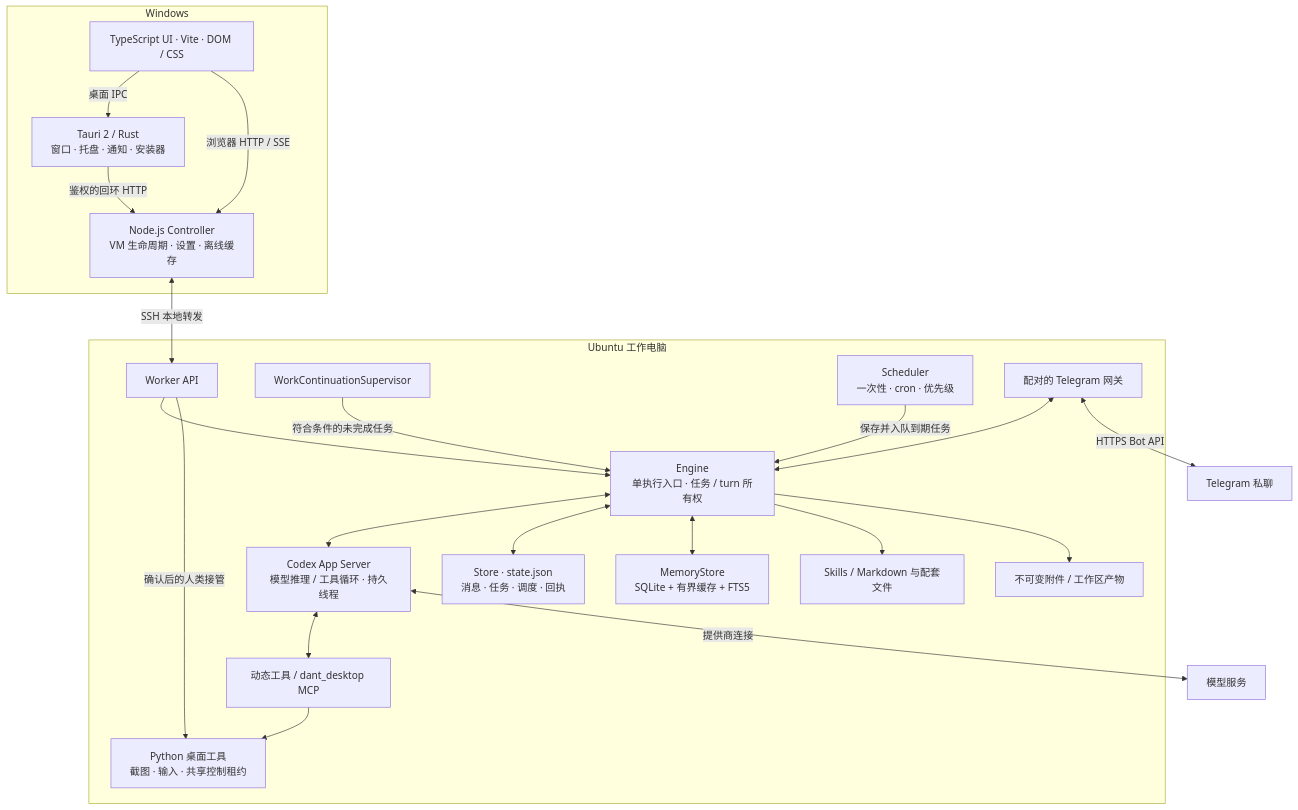
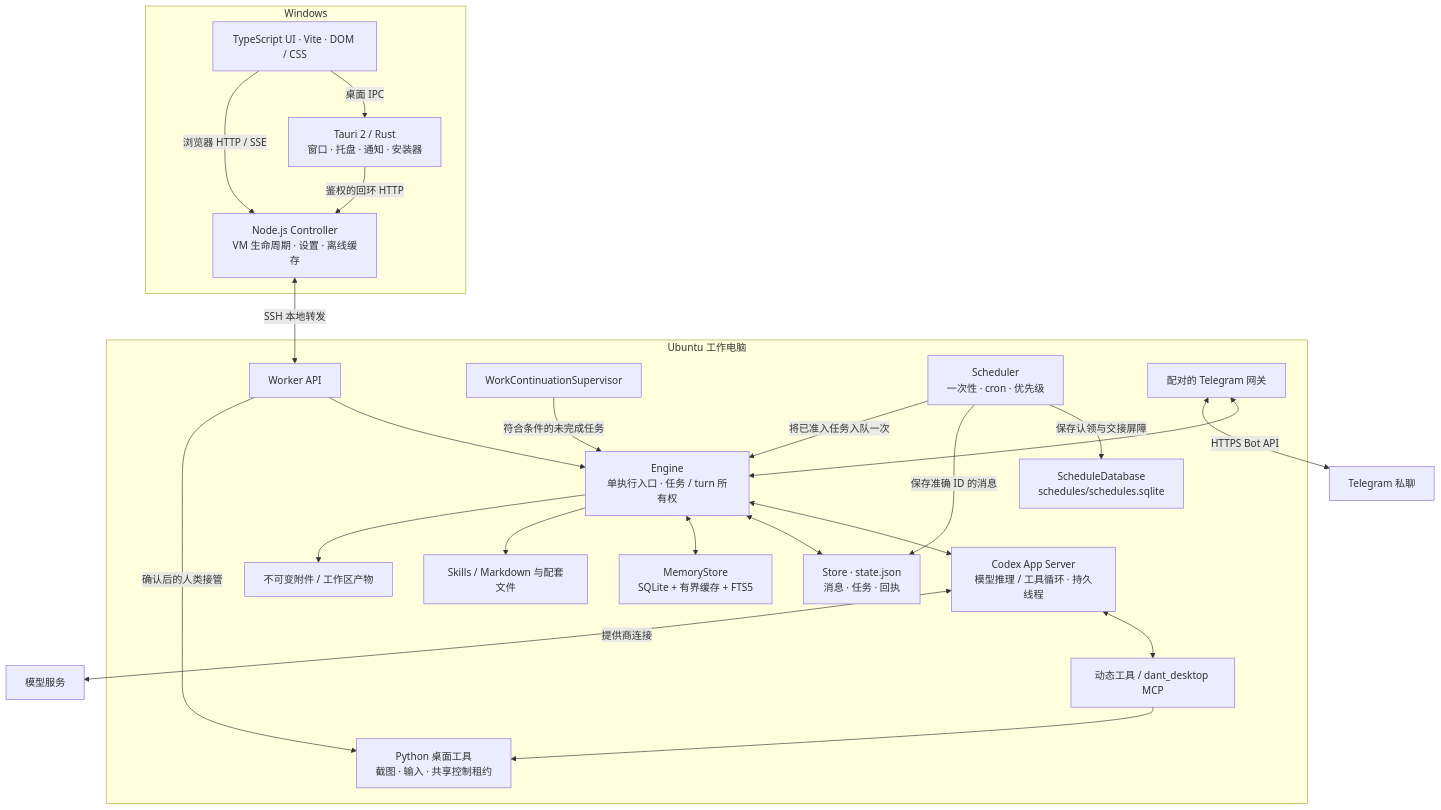
Before and after one commit to Stephen-Sim/dant: the first of 5 diagrams in docs/zh-CN/architecture.md, drawn with Mermaid. The commit also changed other lines of this file and 36 other files, not shown here.

````diff
--- a/docs/zh-CN/architecture.md
+++ b/docs/zh-CN/architecture.md
@@ -9,40 +9,43 @@
 ```mermaid
 flowchart TB
   subgraph Windows
     UI[TypeScript UI · Vite · DOM / CSS]
     Native[Tauri 2 / Rust<br/>窗口 · 托盘 · 通知 · 安装器]
     Controller[Node.js Controller<br/>VM 生命周期 · 设置 · 离线缓存]
     UI -->|桌面 IPC| Native
     Native -->|鉴权的回环 HTTP| Controller
     UI -->|浏览器 HTTP / SSE| Controller
   end
   subgraph Ubuntu 工作电脑
     Worker[Worker API]
     Engine[Engine<br/>单执行入口 · 任务 / turn 所有权]
     Heartbeat[WorkContinuationSupervisor]
     Scheduler[Scheduler<br/>一次性 · cron · 优先级]
     Codex[Codex App Server<br/>模型推理 / 工具循环 · 持久线程]
     Tools[动态工具 / dant_desktop MCP]
     Desktop[Python 桌面工具<br/>截图 · 输入 · 共享控制租约]
-    State[Store · state.json<br/>消息 · 任务 · 调度 · 回执]
+    State[Store · state.json<br/>消息 · 任务 · 回执]
+    ScheduleDB[ScheduleDatabase<br/>schedules/schedules.sqlite]
     Memory[MemoryStore<br/>SQLite + 有界缓存 + FTS5]
     Skills[Skills / Markdown 与配套文件]
     Files[不可变附件 / 工作区产物]
     Telegram[配对的 Telegram 网关]
     Worker --> Engine
     Heartbeat -->|符合条件的未完成任务| Engine
-    Scheduler -->|保存并入队到期任务| Engine
+    Scheduler -->|保存认领与交接屏障| ScheduleDB
+    Scheduler -->|保存准确 ID 的消息| State
+    Scheduler -->|将已准入任务入队一次| Engine
     Telegram <--> Engine
     Engine <--> Codex
     Codex <--> Tools
     Tools --> Desktop
     Engine <--> State
     Engine <--> Memory
     Engine --> Skills
     Engine --> Files
     Worker -->|确认后的人类接管| Desktop
   end
   Controller <-->|SSH 本地转发| Worker
   Codex <-->|提供商连接| Models[模型服务]
   Telegram <-->|HTTPS Bot API| Phone[Telegram 私聊]
 ```
````
